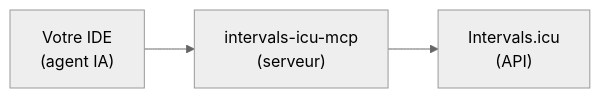
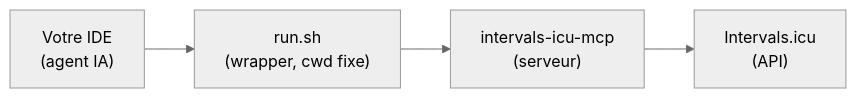
One commit to CorentinGuerrero/ai-running-coach changed the diagram in docs/intervals-setup.md. Above: the diagram before and after it, drawn with Mermaid (neutral theme). The commit also changed other lines of this file and 9 other files, not shown here.

````diff
--- a/docs/intervals-setup.md
+++ b/docs/intervals-setup.md
@@ -17,5 +21,6 @@
 ```mermaid
 flowchart LR
-    A["Votre IDE<br/>(agent IA)"] --> B["intervals-icu-mcp<br/>(serveur)"]
-    B --> C["Intervals.icu<br/>(API)"]
+    A["Votre IDE<br/>(agent IA)"] --> B["run.sh<br/>(wrapper, cwd fixe)"]
+    B --> C["intervals-icu-mcp<br/>(serveur)"]
+    C --> D["Intervals.icu<br/>(API)"]
 ```
````
